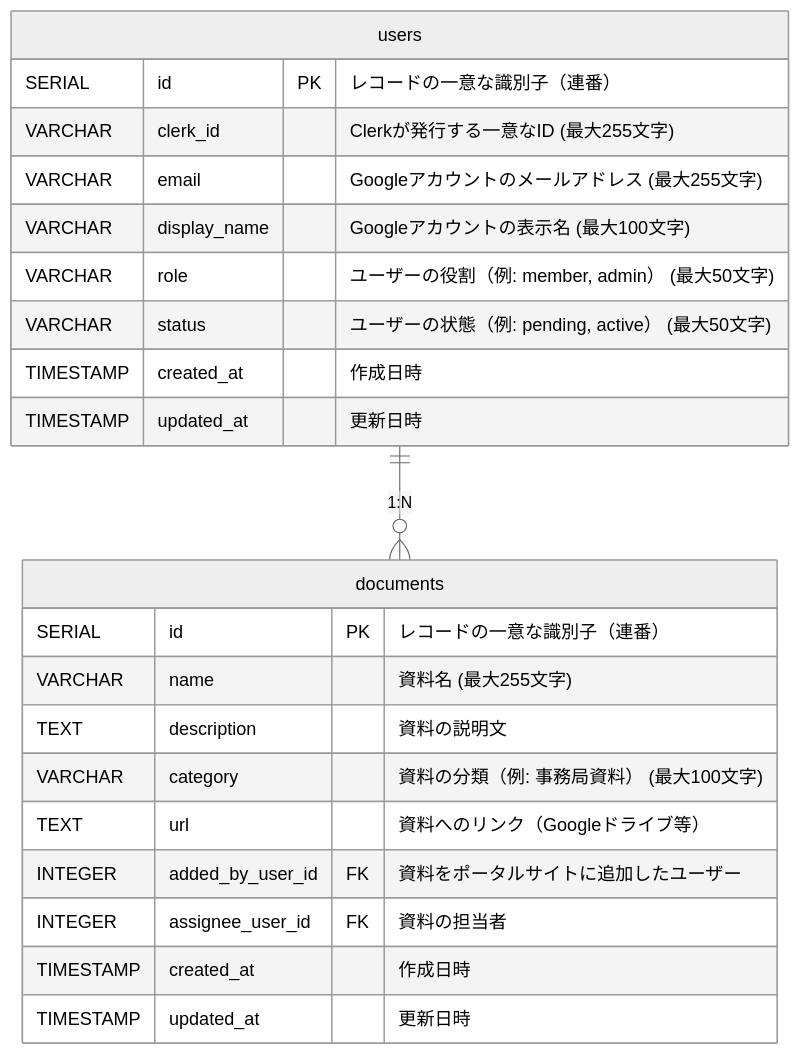
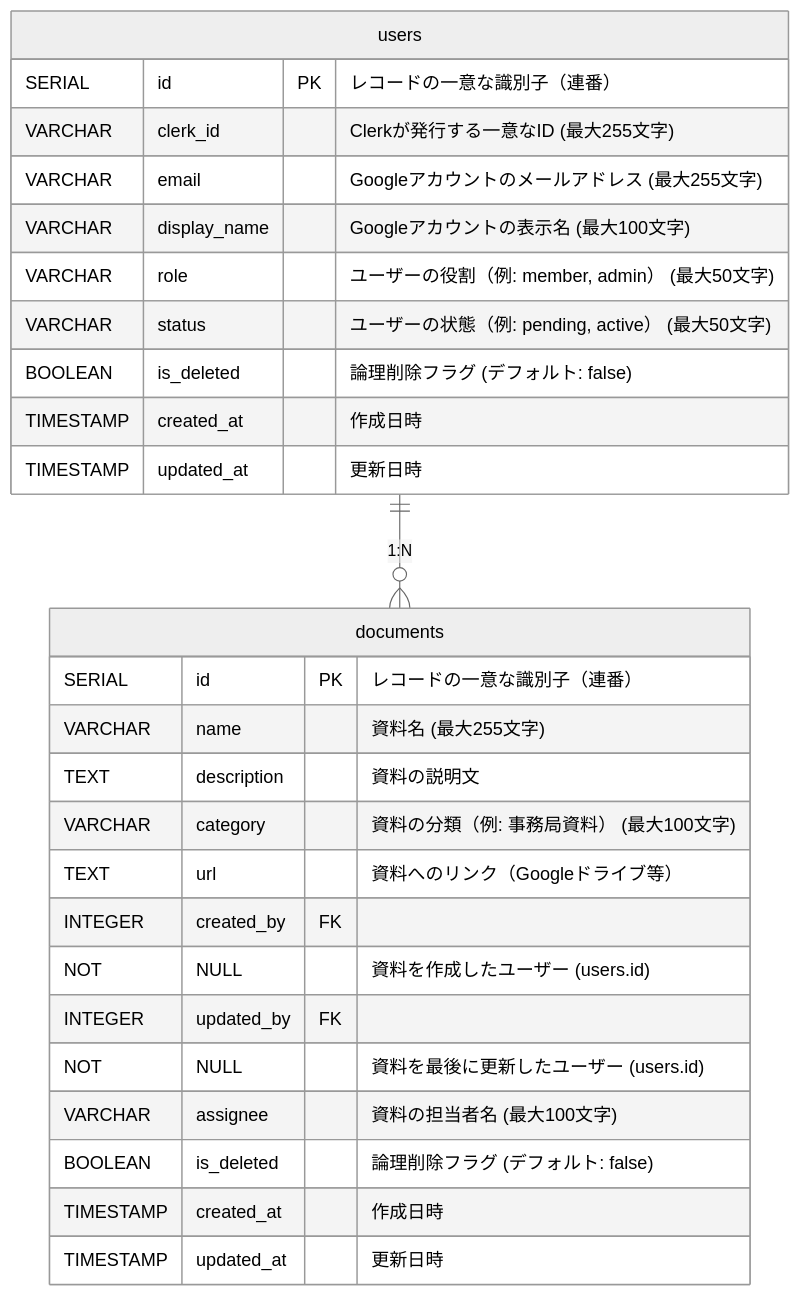
One commit to Singuralitylabs/portal-site changed the diagram in docs/database.md. Above: the diagram before and after it, drawn with Mermaid (neutral theme). The commit also changed other lines of this file, not shown here.

Commit message:
2025/2/20 MTGの指摘事項修正

````diff
--- a/docs/database.md
+++ b/docs/database.md
@@ -51,27 +54,30 @@
 ```mermaid
 erDiagram
     users {
         SERIAL id PK "レコードの一意な識別子（連番）"
         VARCHAR clerk_id "Clerkが発行する一意なID (最大255文字)"
         VARCHAR email "Googleアカウントのメールアドレス (最大255文字)"
         VARCHAR display_name "Googleアカウントの表示名 (最大100文字)"
         VARCHAR role "ユーザーの役割（例: member, admin） (最大50文字)"
         VARCHAR status "ユーザーの状態（例: pending, active） (最大50文字)"
+        BOOLEAN is_deleted "論理削除フラグ (デフォルト: false)"
         TIMESTAMP created_at "作成日時"
         TIMESTAMP updated_at "更新日時"
     }
 
     documents {
         SERIAL id PK "レコードの一意な識別子（連番）"
         VARCHAR name "資料名 (最大255文字)"
         TEXT description "資料の説明文"
         VARCHAR category "資料の分類（例: 事務局資料） (最大100文字)"
         TEXT url "資料へのリンク（Googleドライブ等）"
-        INTEGER added_by_user_id FK "資料をポータルサイトに追加したユーザー"
-        INTEGER assignee_user_id FK "資料の担当者"
+        INTEGER created_by FK NOT NULL "資料を作成したユーザー (users.id)"
+        INTEGER updated_by FK NOT NULL "資料を最後に更新したユーザー (users.id)"
+        VARCHAR assignee "資料の担当者名 (最大100文字)"
+        BOOLEAN is_deleted "論理削除フラグ (デフォルト: false)"
         TIMESTAMP created_at "作成日時"
         TIMESTAMP updated_at "更新日時"
     }
 
     users ||--o{ documents : "1:N"
 ```
````
